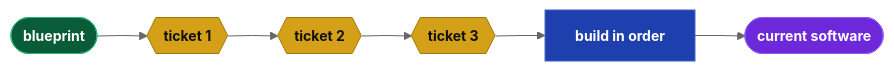
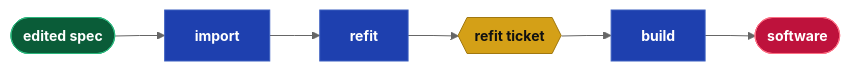
Before and after one commit to webcloudstudio/Drydock: the second of 3 diagrams in docs/papers/SDD_Optimal_Path_to_Managing_Changed_Specifications.md, drawn with Mermaid. The commit also changed other lines of this file and 2 other files, not shown here.

````diff
--- a/docs/papers/SDD_Optimal_Path_to_Managing_Changed_Specifications.md
+++ b/docs/papers/SDD_Optimal_Path_to_Managing_Changed_Specifications.md
@@ -114,19 +109,17 @@
 ```mermaid
 %%{init: {'theme': 'neutral', 'flowchart': {'curve': 'linear'}, 'themeVariables': {'fontSize': '14px'}}}%%
 flowchart LR
   classDef dir    fill:#0a5c38,stroke:#2cb67d,color:#fff,font-weight:bold
   classDef md     fill:#d4a017,stroke:#a07810,color:#111,font-weight:bold
   classDef script fill:#1e40af,stroke:#3b5fc0,color:#fff,font-weight:bold
-  classDef prompt fill:#c2410c,stroke:#ea580c,color:#fff,font-weight:bold
-  classDef output fill:#6d28d9,stroke:#8b5cf6,color:#fff,font-weight:bold
   classDef web    fill:#be123c,stroke:#fb7185,color:#fff,font-weight:bold
 
-  BP(["blueprint"]):::dir
-  T1{{"ticket 1"}}:::md
-  T2{{"ticket 2"}}:::md
-  T3{{"ticket 3"}}:::md
-  BLD["build in order"]:::script
-  PROD(["current software"]):::output
+  EDIT(["edited spec"]):::dir
+  IMP["import"]:::script
+  REF["refit"]:::script
+  TIX{{"refit ticket"}}:::md
+  BLD["build"]:::script
+  SW(["software"]):::web
 
-  BP --> T1 --> T2 --> T3 --> BLD --> PROD
+  EDIT --> IMP --> REF --> TIX --> BLD --> SW
 ```
````
